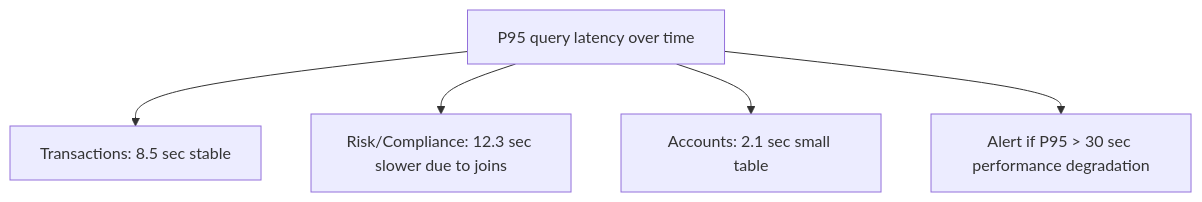
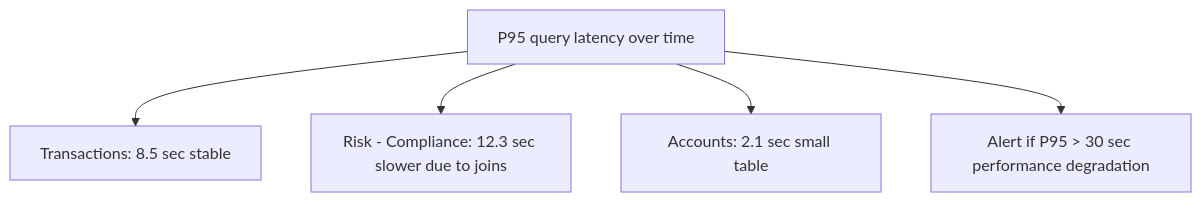
Before and after one commit to naren-chakraview/chakraview-fintech-data-mesh: the third of 7 diagrams in docs/platform/observability.md, drawn with Mermaid. The commit also changed other lines of this file and 21 other files, not shown here.

First line of the commit message:
Fix mermaid diagram rendering issues in fintech data mesh documentation

````diff
--- a/docs/platform/observability.md
+++ b/docs/platform/observability.md
@@ -141,8 +141,8 @@
 ```mermaid
 graph TD
     A["P95 query latency over time"]
     A --> A1["Transactions: 8.5 sec stable"]
-    A --> A2["Risk/Compliance: 12.3 sec slower due to joins"]
+    A --> A2["Risk - Compliance: 12.3 sec slower due to joins"]
     A --> A3["Accounts: 2.1 sec small table"]
     A --> A4["Alert if P95 > 30 sec performance degradation"]
 ```
````
